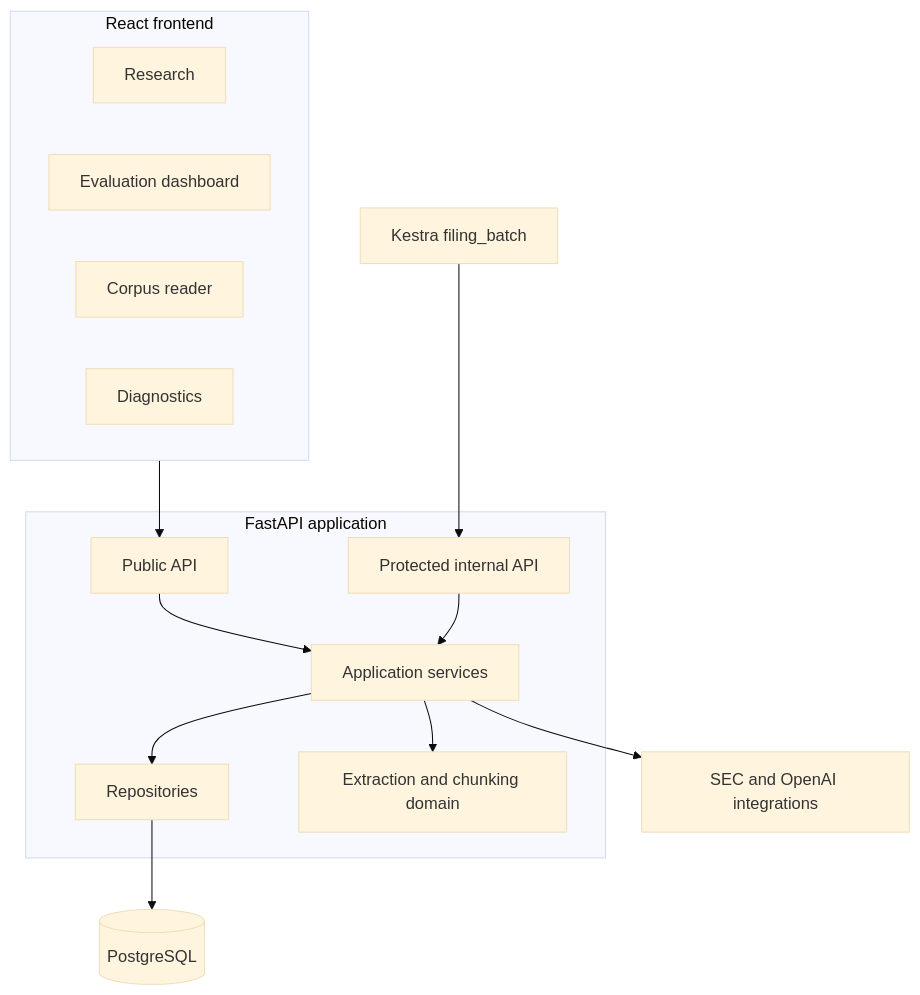
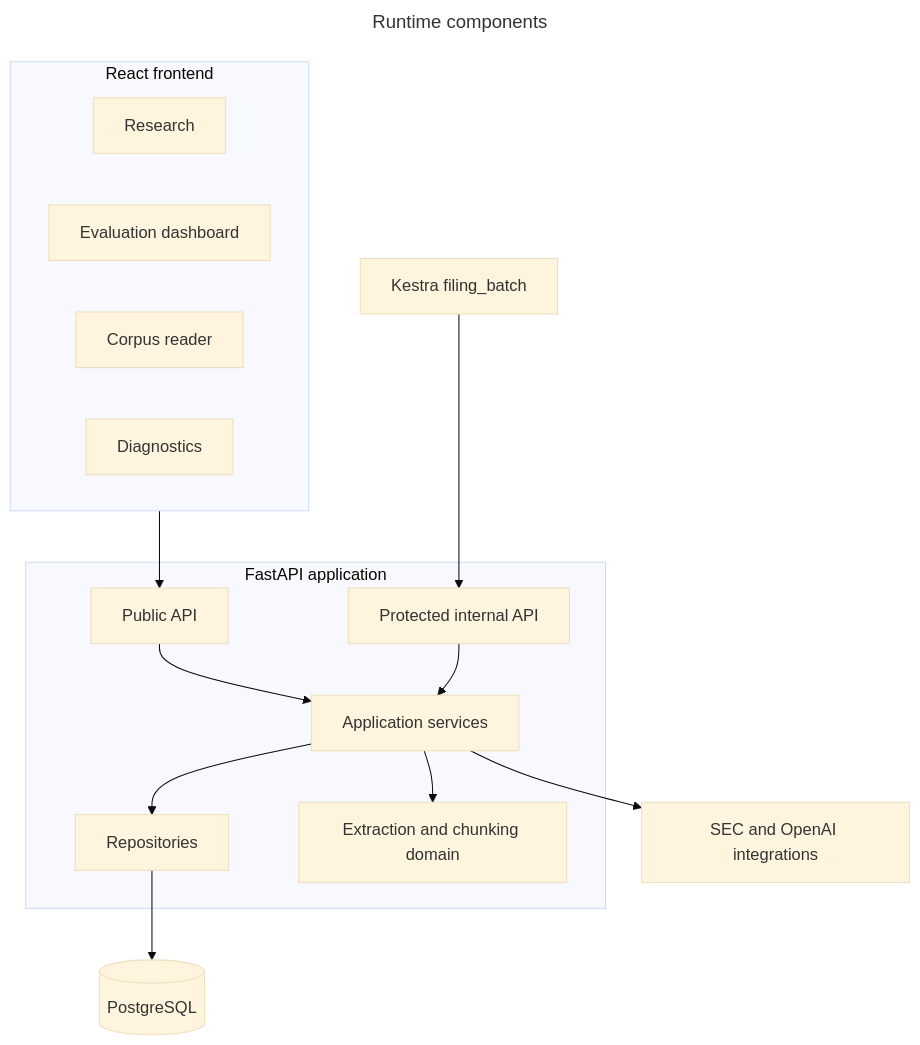
One commit to hongchit/sec-filing-rag-poc changed the second of 4 diagrams in docs/architecture.md. Above: the diagram before and after it, drawn with Mermaid (base theme). The commit also changed other lines of this file and 43 other files, not shown here.

````diff
--- a/docs/architecture.md
+++ b/docs/architecture.md
@@ -27,26 +30,29 @@
 ```mermaid
+---
+title: Runtime components
+---
 flowchart TB
   subgraph Frontend[React frontend]
     RS[Research]
     EV[Evaluation dashboard]
     CR[Corpus reader]
     H[Diagnostics]
   end
 
   subgraph Backend[FastAPI application]
     PUB[Public API]
     INT[Protected internal API]
     SVC[Application services]
     REP[Repositories]
     DOM[Extraction and chunking domain]
   end
 
   Frontend --> PUB
   PUB --> SVC
   INT --> SVC
   SVC --> REP
   SVC --> DOM
   REP --> DB[(PostgreSQL)]
   K[Kestra filing_batch] --> INT
   SVC --> EXT[SEC and OpenAI integrations]
 ```
````
